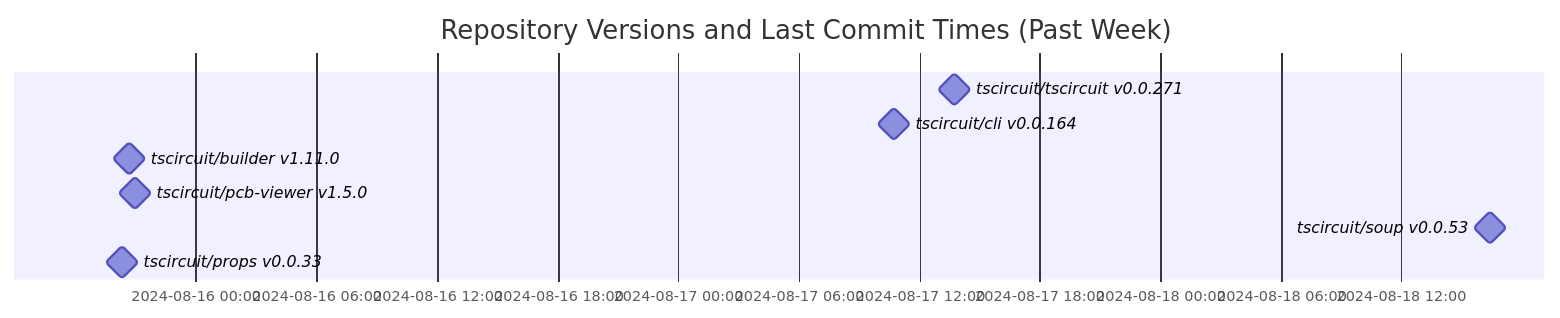
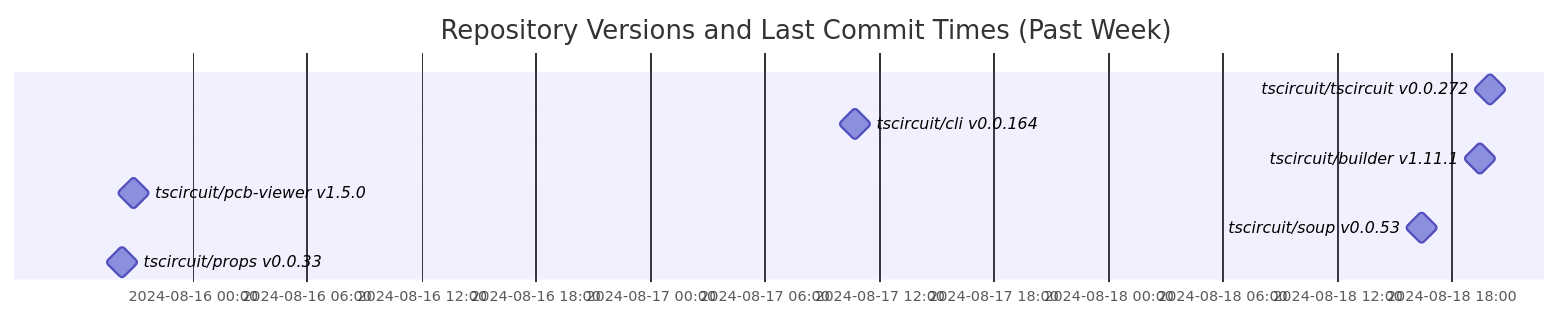
Before and after one commit to tscircuit/version-tracker: the diagram in README.md, drawn with Mermaid.

Commit message:
Update chart

````diff
--- a/README.md
+++ b/README.md
@@ -1,13 +1,13 @@
 ```mermaid
 gantt
   dateFormat  YYYY-MM-DD HH:mm:ss
   title Repository Versions and Last Commit Times (Past Week)
   axisFormat %Y-%m-%d %H:%M
 
-  tscircuit/tscircuit v0.0.271 : milestone, 2024-08-17 13:46:19, 1s
+  tscircuit/tscircuit v0.0.272 : milestone, 2024-08-18 20:00:09, 1s
   tscircuit/cli v0.0.164 : milestone, 2024-08-17 10:43:36, 1s
-  tscircuit/builder v1.11.0 : milestone, 2024-08-15 20:38:45, 1s
+  tscircuit/builder v1.11.1 : milestone, 2024-08-18 19:26:24, 1s
   tscircuit/pcb-viewer v1.5.0 : milestone, 2024-08-15 20:55:08, 1s
   tscircuit/soup v0.0.53 : milestone, 2024-08-18 16:25:05, 1s
   tscircuit/props v0.0.33 : milestone, 2024-08-15 20:18:33, 1s
 ```
````
